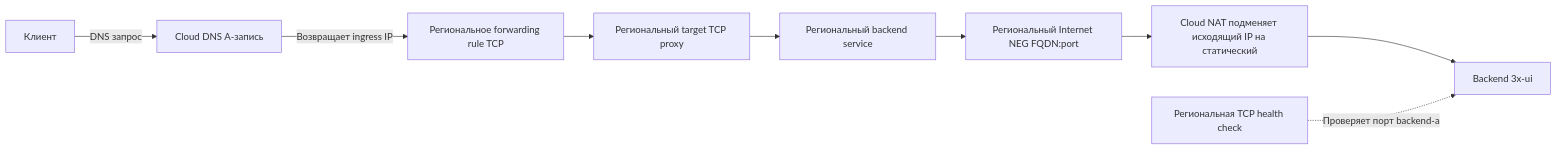
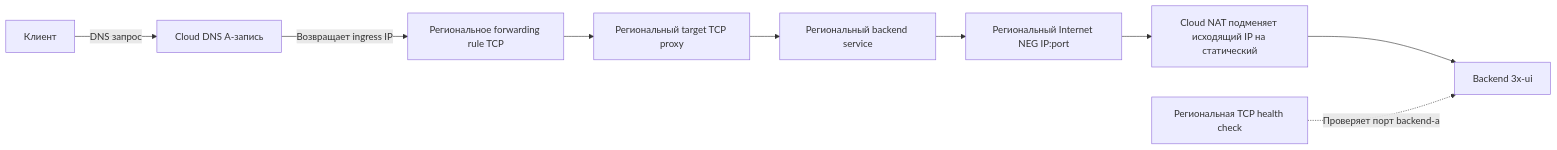
The diagram in README.ru.md (mcfly722/cdn-vpn), drawn with Mermaid before and after one commit. The commit also changed other lines of this file and 8 other files, not shown here.

Commit message:
backend_fqdn replaced with ip, changing health_check port

````diff
--- a/README.ru.md
+++ b/README.ru.md
@@ -7,11 +7,11 @@
 ```mermaid
 flowchart LR
   Client[Клиент] -->|DNS запрос| DNS[Cloud DNS A-запись]
   DNS -->|Возвращает ingress IP| FR[Региональное forwarding rule TCP]
   FR --> Proxy[Региональный target TCP proxy]
   Proxy --> BS[Региональный backend service]
-  BS --> NEG[Региональный Internet NEG FQDN:port]
+  BS --> NEG[Региональный Internet NEG IP:port]
   NEG --> NAT[Cloud NAT подменяет исходящий IP на статический]
   NAT --> Backend[Backend 3x-ui]
   Health[Региональная TCP health check] -.->|Проверяет порт backend-а| Backend
 ```
````
